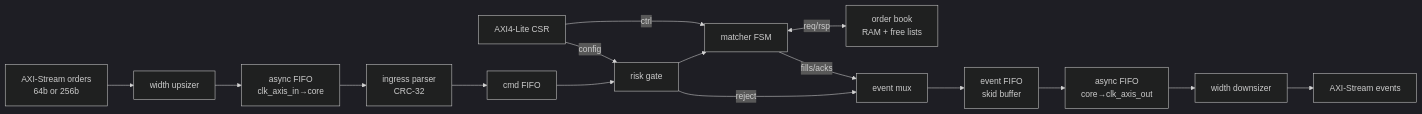
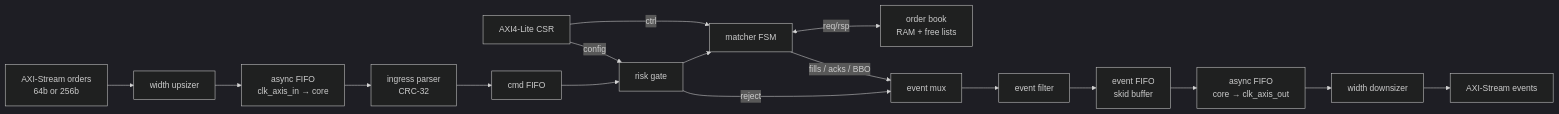
The first of 3 diagrams in README.md (Aneesh495/quasar), drawn with Mermaid (dark theme) before and after one commit. The commit also changed other lines of this file and 6 other files, not shown here.

````diff
--- a/README.md
+++ b/README.md
@@ -32,18 +28,19 @@
 ```mermaid
 flowchart LR
     IN[AXI-Stream orders\n64b or 256b] --> UP[width upsizer]
-    UP --> CDC1[async FIFO\nclk_axis_in→core]
+    UP --> CDC1[async FIFO\nclk_axis_in → core]
     CDC1 --> IG[ingress parser\nCRC-32]
     IG --> RF[cmd FIFO]
     RF --> RK[risk gate]
     RK --> MT[matcher FSM]
     MT <-->|req/rsp| BK[order book\nRAM + free lists]
     RK -->|reject| EV[event mux]
-    MT -->|fills/acks| EV
-    EV --> EG[event FIFO\nskid buffer]
-    EG --> CDC2[async FIFO\ncore→clk_axis_out]
+    MT -->|fills / acks / BBO| EV
+    EV --> FT[event filter]
+    FT --> EG[event FIFO\nskid buffer]
+    EG --> CDC2[async FIFO\ncore → clk_axis_out]
     CDC2 --> DN[width downsizer]
     DN --> OUT[AXI-Stream events]
     AXIL[AXI4-Lite CSR] -->|config| RK
     AXIL -->|ctrl| MT
 ```
````
